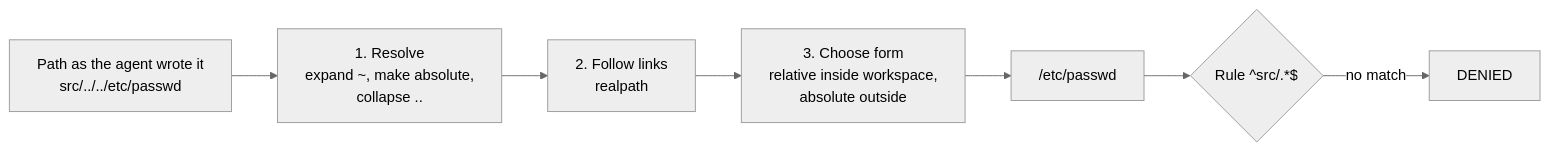
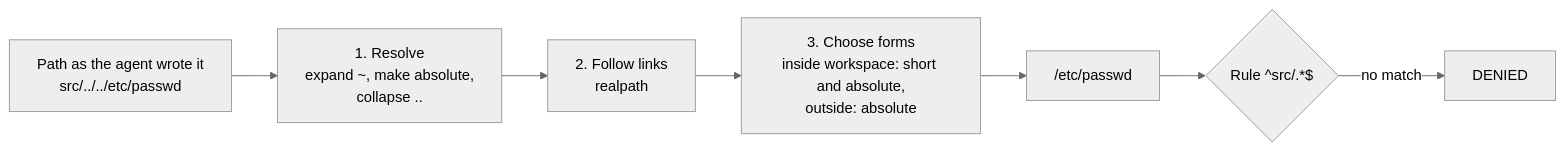
One commit to KinanRadaideh/openclaw-governance-layer changed the fifth of 23 diagrams in docs-notes/FIGURES.md. Above: the diagram before and after it, drawn with Mermaid (neutral theme). The commit also changed other lines of this file and 10 other files, not shown here.

````diff
--- a/docs-notes/FIGURES.md
+++ b/docs-notes/FIGURES.md
@@ -690,11 +795,11 @@
 ```mermaid
 flowchart LR
   RAW["Path as the agent wrote it<br/>src/../../etc/passwd"]
   S1["1. Resolve<br/>expand ~, make absolute,<br/>collapse .."]
   S2["2. Follow links<br/>realpath"]
-  S3["3. Choose form<br/>relative inside workspace,<br/>absolute outside"]
+  S3["3. Choose forms<br/>inside workspace: short and absolute,<br/>outside: absolute"]
   OUT["/etc/passwd"]
   RULE{"Rule ^src/.*$"}
   RAW --> S1 --> S2 --> S3 --> OUT --> RULE
   RULE -->|no match| DENY["DENIED"]
 ```
````
